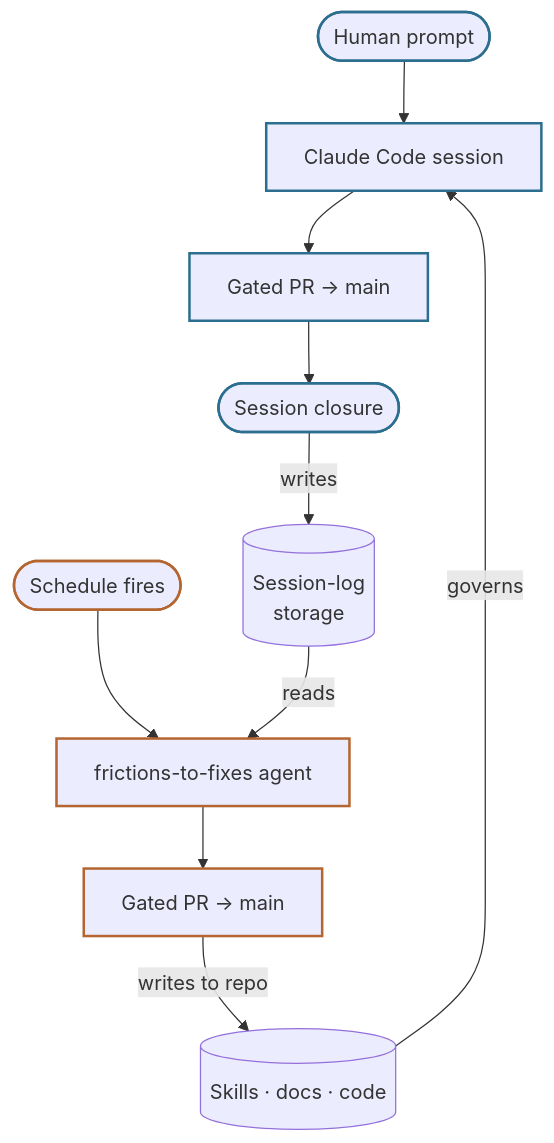
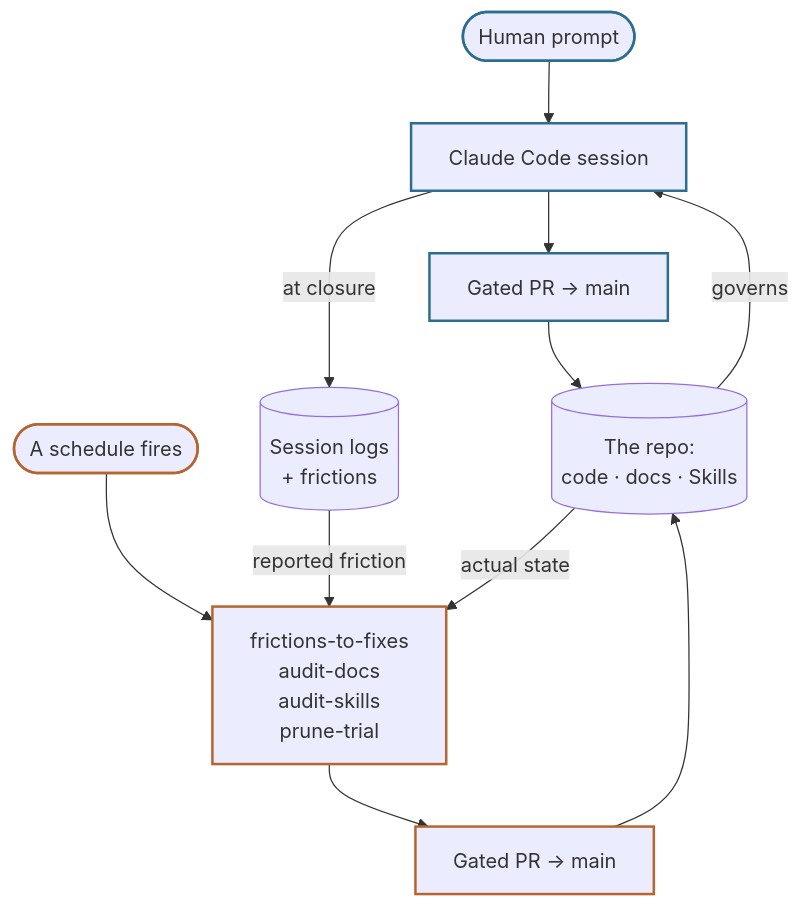
The third of 3 diagrams in layers/journal/content/current/pages/how-it-works.md (feffef/terrarium), drawn with Mermaid before and after one commit. The commit also changed other lines of this file and 4 other files, not shown here.

````diff
--- a/layers/journal/content/current/pages/how-it-works.md
+++ b/layers/journal/content/current/pages/how-it-works.md
@@ -37,19 +135,19 @@
 ```mermaid
 graph TB
   Prompt(["Human prompt"]) --> Session["Claude Code session"]
   Session --> SPR["Gated PR → main"]
-  SPR --> Closure(["Session closure"])
-  Closure -->|writes| Logs[("Session-log<br/>storage")]
+  SPR --> Repo[("The repo:<br/>code · docs · Skills")]
+  Session -->|"at closure"| Logs[("Session logs<br/>+ frictions")]
 
-  Schedule(["Schedule fires"]) --> Fixer["frictions-to-fixes agent"]
-  Logs -->|reads| Fixer
-  Fixer --> FPR["Gated PR → main"]
-  FPR -->|writes to repo| Instr[("Skills · docs · code")]
-
-  Instr -->|governs| Session
+  Sched(["A schedule fires"]) --> Watch["frictions-to-fixes<br/>audit-docs<br/>audit-skills<br/>prune-trial"]
+  Logs -->|"reported friction"| Watch
+  Repo -->|"actual state"| Watch
+  Watch --> WPR["Gated PR → main"]
+  WPR --> Repo
+  Repo -->|governs| Session
 
   classDef session stroke:#2c6e8f,stroke-width:2px;
   classDef routine stroke:#b5652f,stroke-width:2px;
-  class Prompt,Session,SPR,Closure session;
-  class Schedule,Fixer,FPR routine;
+  class Prompt,Session,SPR session;
+  class Sched,Watch,WPR routine;
 ```
````
